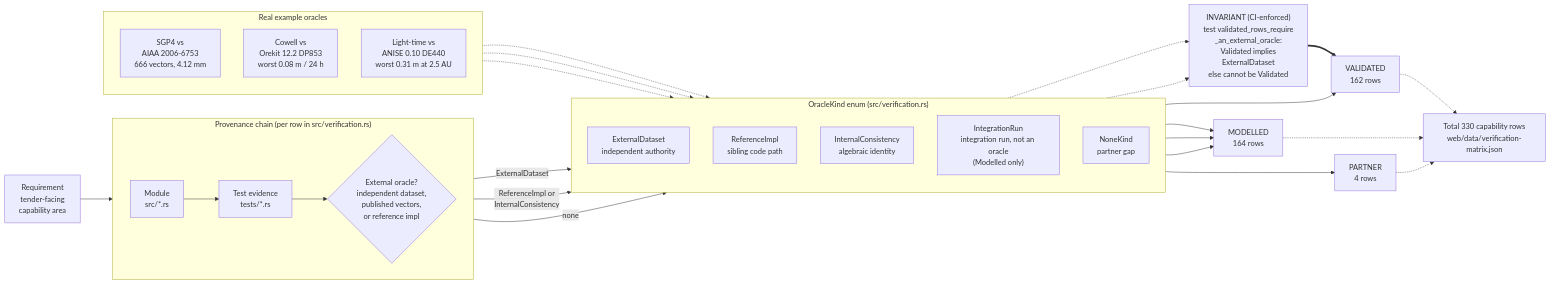
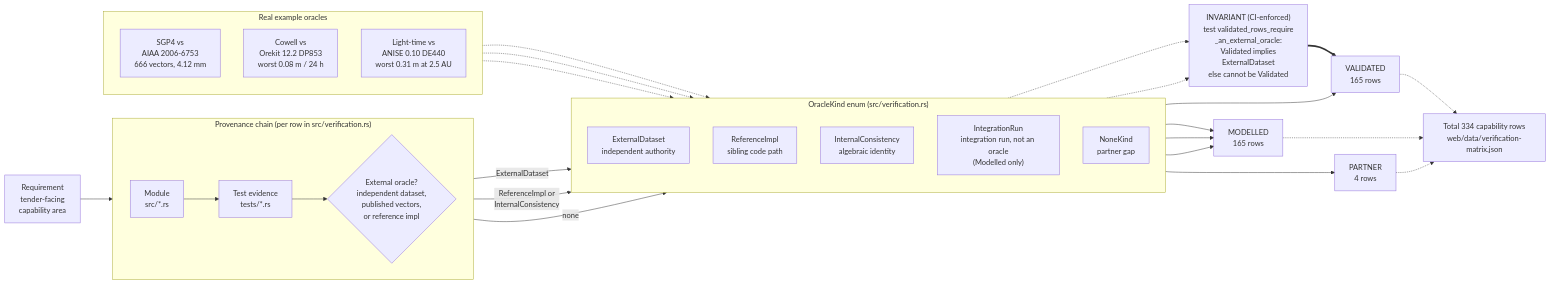
Before and after one commit to ashfordeOU/kshana: the diagram in docs/diagrams/validation-provenance.mmd, drawn with Mermaid. The commit also changed 26 other files, not shown here.

```diff
--- a/docs/diagrams/validation-provenance.mmd
+++ b/docs/diagrams/validation-provenance.mmd
@@ -1,51 +1,51 @@
 flowchart LR
     REQ["Requirement<br/>tender-facing<br/>capability area"]
 
     subgraph CHAIN["Provenance chain (per row in src/verification.rs)"]
         direction LR
         MOD["Module<br/>src/*.rs"]
         TST["Test evidence<br/>tests/*.rs"]
         ORA{"External oracle?<br/>independent dataset,<br/>published vectors,<br/>or reference impl"}
     end
 
     REQ --> MOD --> TST --> ORA
 
     subgraph KINDS["OracleKind enum (src/verification.rs)"]
         direction TD
         EXT["ExternalDataset<br/>independent authority"]
         REF["ReferenceImpl<br/>sibling code path"]
         INT["InternalConsistency<br/>algebraic identity"]
         IRN["IntegrationRun<br/>integration run, not an oracle<br/>(Modelled only)"]
         NON["NoneKind<br/>partner gap"]
     end
 
     ORA -->|ExternalDataset| EXT
     ORA -->|"ReferenceImpl or<br/>InternalConsistency"| INT
     ORA -->|none| NON
 
     GUARD["INVARIANT (CI-enforced)<br/>test validated_rows_require<br/>_an_external_oracle:<br/>Validated implies<br/>ExternalDataset<br/>else cannot be Validated"]
     EXT -.-> GUARD
     INT -.-> GUARD
 
-    EXT --> VAL["VALIDATED<br/>162 rows"]
-    REF --> MDL["MODELLED<br/>164 rows"]
+    EXT --> VAL["VALIDATED<br/>165 rows"]
+    REF --> MDL["MODELLED<br/>165 rows"]
     INT --> MDL
     IRN --> MDL
     NON --> PRT["PARTNER<br/>4 rows"]
     GUARD ==> VAL
 
     subgraph EX["Real example oracles"]
         direction TD
         E1["SGP4 vs<br/>AIAA 2006-6753<br/>666 vectors, 4.12 mm"]
         E2["Cowell vs<br/>Orekit 12.2 DP853<br/>worst 0.08 m / 24 h"]
         E3["Light-time vs<br/>ANISE 0.10 DE440<br/>worst 0.31 m at 2.5 AU"]
     end
 
     E1 -.-> EXT
     E2 -.-> EXT
     E3 -.-> EXT
 
-    TOTAL["Total 330 capability rows<br/>web/data/verification-matrix.json"]
+    TOTAL["Total 334 capability rows<br/>web/data/verification-matrix.json"]
     VAL -.-> TOTAL
     MDL -.-> TOTAL
     PRT -.-> TOTAL
```
